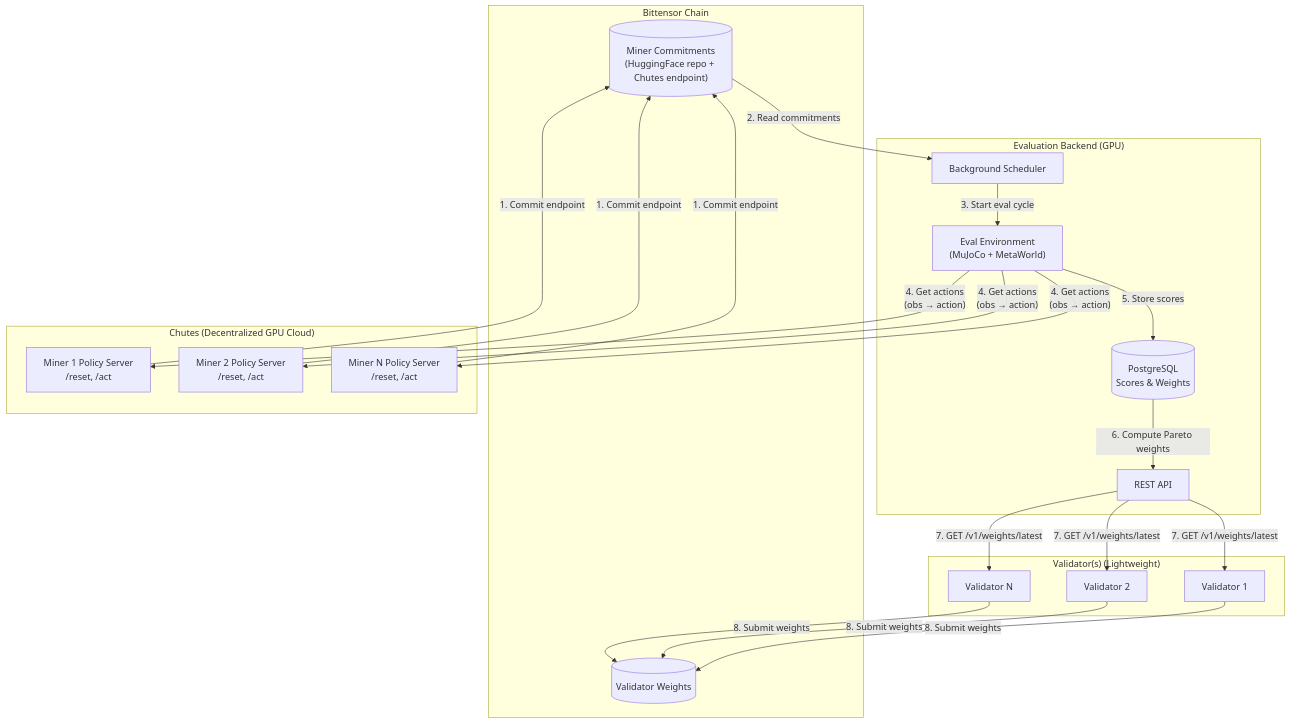
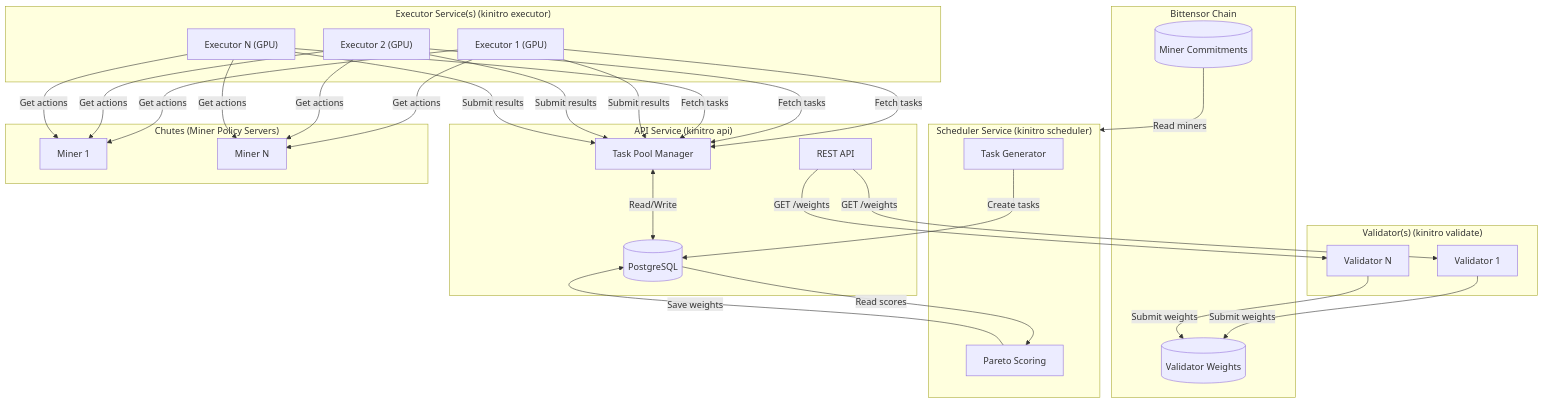
The diagram in README.md (threetau/kinitro), drawn with Mermaid before and after one commit. The commit also changed other lines of this file and 31 other files, not shown here.

First line of the commit message:
feat: implement split architecture (api, scheduler, executor)

````diff
--- a/README.md
+++ b/README.md
@@ -46,42 +46,54 @@
 ```mermaid
 flowchart TB
     subgraph Chain["Bittensor Chain"]
-        Commitments[("Miner Commitments<br/>(HuggingFace repo + Chutes endpoint)")]
+        Commitments[("Miner Commitments")]
         Weights[("Validator Weights")]
     end
 
-    subgraph Backend["Evaluation Backend (GPU)"]
-        Scheduler["Background Scheduler"]
-        API["REST API"]
-        DB[("PostgreSQL<br/>Scores & Weights")]
-        EvalEnv["Eval Environment<br/>(MuJoCo + MetaWorld)"]
+    subgraph API["API Service (kinitro api)"]
+        RestAPI["REST API"]
+        TaskPool["Task Pool Manager"]
+        DB[("PostgreSQL")]
     end
 
-    subgraph Validators["Validator(s) (Lightweight)"]
+    subgraph Scheduler["Scheduler Service (kinitro scheduler)"]
+        TaskGen["Task Generator"]
+        Scoring["Pareto Scoring"]
+    end
+
+    subgraph Executor["Executor Service(s) (kinitro executor)"]
+        E1["Executor 1 (GPU)"]
+        E2["Executor 2 (GPU)"]
+        En["Executor N (GPU)"]
+    end
+
+    subgraph Validators["Validator(s) (kinitro validate)"]
         V1["Validator 1"]
-        V2["Validator 2"]
         Vn["Validator N"]
     end
 
-    subgraph Chutes["Chutes (Decentralized GPU Cloud)"]
-        M1["Miner 1 Policy Server<br/>/reset, /act"]
-        M2["Miner 2 Policy Server<br/>/reset, /act"]
-        Mn["Miner N Policy Server<br/>/reset, /act"]
+    subgraph Chutes["Chutes (Miner Policy Servers)"]
+        M1["Miner 1"]
+        Mn["Miner N"]
     end
 
-    %% Miner registration flow
-    M1 & M2 & Mn -->|"1. Commit endpoint"| Commitments
+    %% Chain interactions
+    Commitments -->|"Read miners"| Scheduler
+    V1 & Vn -->|"Submit weights"| Weights
 
-    %% Backend reads commitments
-    Commitments -->|"2. Read commitments"| Scheduler
+    %% Scheduler flow
+    TaskGen -->|"Create tasks"| DB
+    DB -->|"Read scores"| Scoring
+    Scoring -->|"Save weights"| DB
 
-    %% Evaluation flow
-    Scheduler -->|"3. Start eval cycle"| EvalEnv
-    EvalEnv -->|"4. Get actions<br/>(obs → action)"| M1 & M2 & Mn
-    EvalEnv -->|"5. Store scores"| DB
-    DB -->|"6. Compute Pareto weights"| API
+    %% Executor flow
+    E1 & E2 & En -->|"Fetch tasks"| TaskPool
+    E1 & E2 & En -->|"Submit results"| TaskPool
+    TaskPool <-->|"Read/Write"| DB
+
+    %% Executor to Miners
+    E1 & E2 & En -->|"Get actions"| M1 & Mn
 
     %% Validator flow
-    API -->|"7. GET /v1/weights/latest"| V1 & V2 & Vn
-    V1 & V2 & Vn -->|"8. Submit weights"| Weights
+    RestAPI -->|"GET /weights"| V1 & Vn
 ```
````
